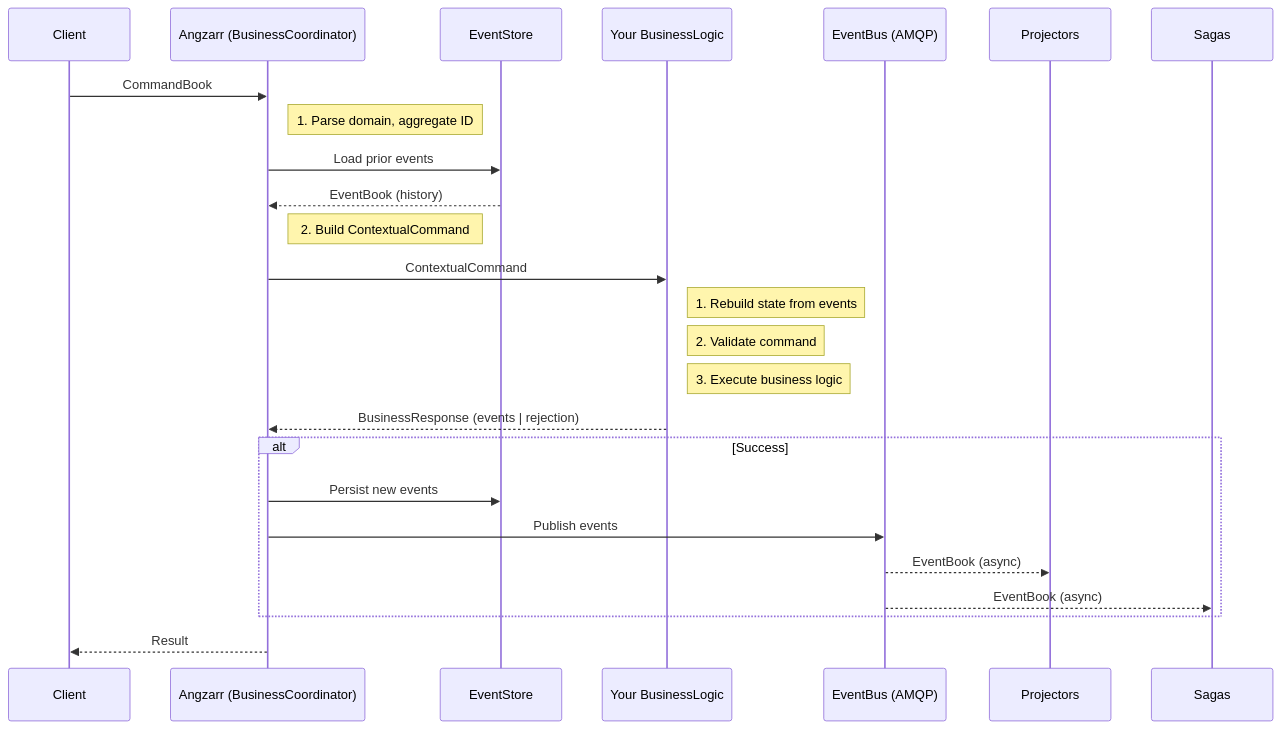
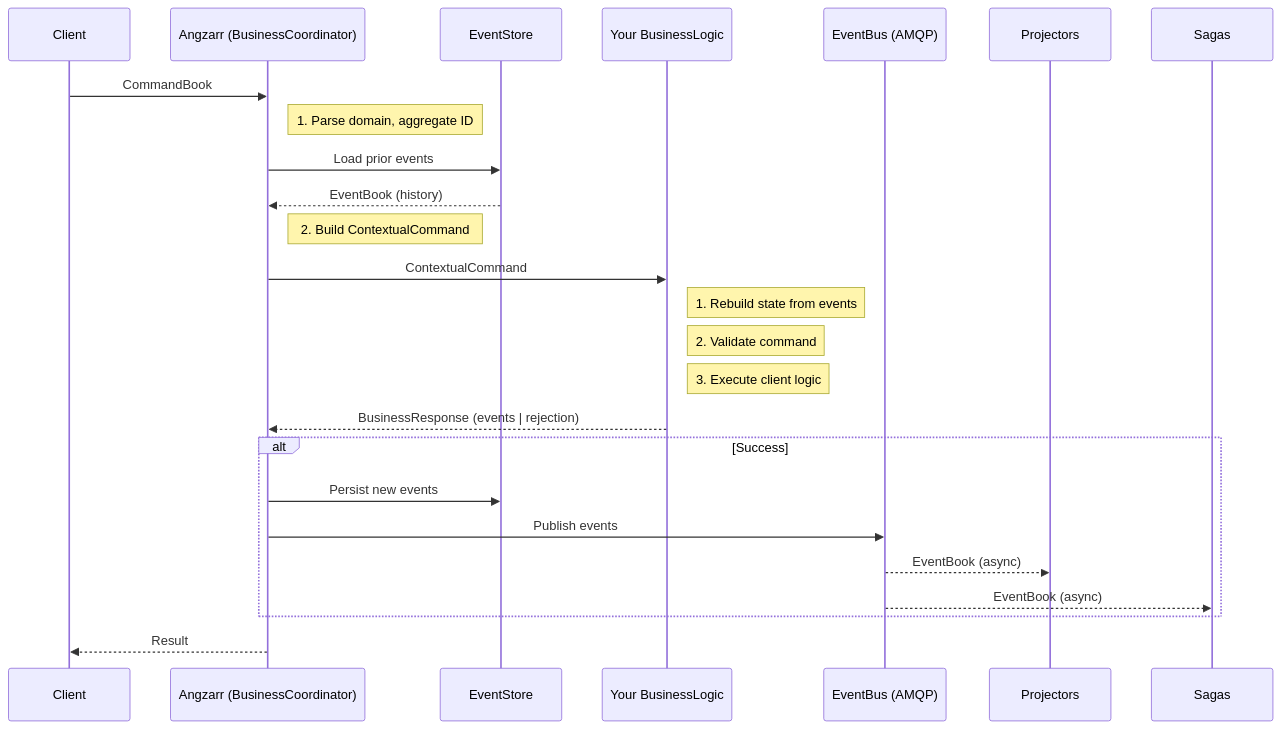
Before and after one commit to benjaminabbitt/angzarr: the first of 2 diagrams in docs/components/aggregate/aggregate.md, drawn with Mermaid. The commit also changed other lines of this file and 122 other files, not shown here.

````diff
--- a/docs/components/aggregate/aggregate.md
+++ b/docs/components/aggregate/aggregate.md
@@ -108,29 +108,29 @@
 ```mermaid
 sequenceDiagram
     participant Client
     participant Angzarr as Angzarr (BusinessCoordinator)
     participant Store as EventStore
     participant Logic as Your BusinessLogic
     participant Bus as EventBus (AMQP)
 
     Client->>Angzarr: CommandBook
     Note right of Angzarr: 1. Parse domain, aggregate ID
     Angzarr->>Store: Load prior events
     Store-->>Angzarr: EventBook (history)
     Note right of Angzarr: 2. Build ContextualCommand
 
     Angzarr->>Logic: ContextualCommand
     Note right of Logic: 1. Rebuild state from events
     Note right of Logic: 2. Validate command
-    Note right of Logic: 3. Execute business logic
+    Note right of Logic: 3. Execute client logic
     Logic-->>Angzarr: BusinessResponse (events | rejection)
 
     alt Success
         Angzarr->>Store: Persist new events
         Angzarr->>Bus: Publish events
         Bus-->>Projectors: EventBook (async)
         Bus-->>Sagas: EventBook (async)
     end
 
     Angzarr-->>Client: Result
 ```
````
